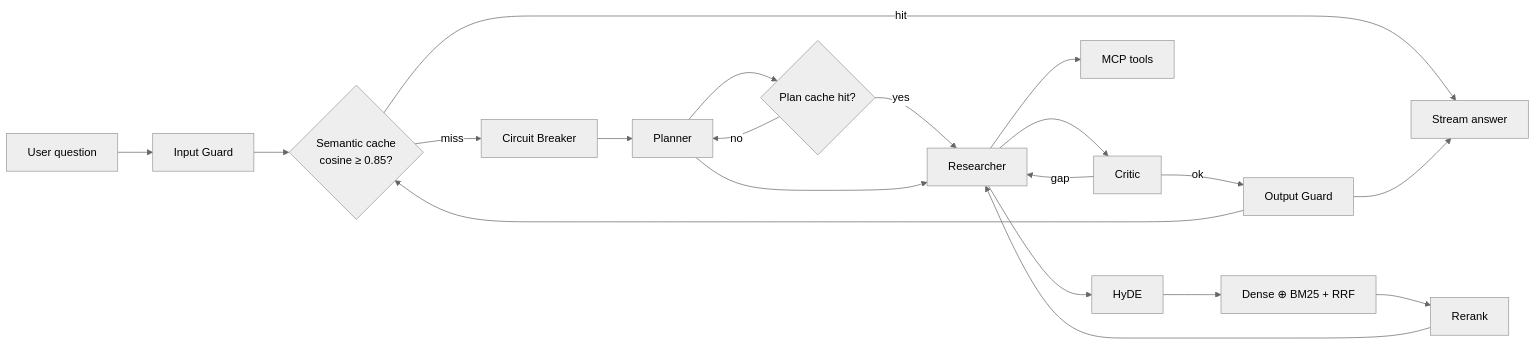
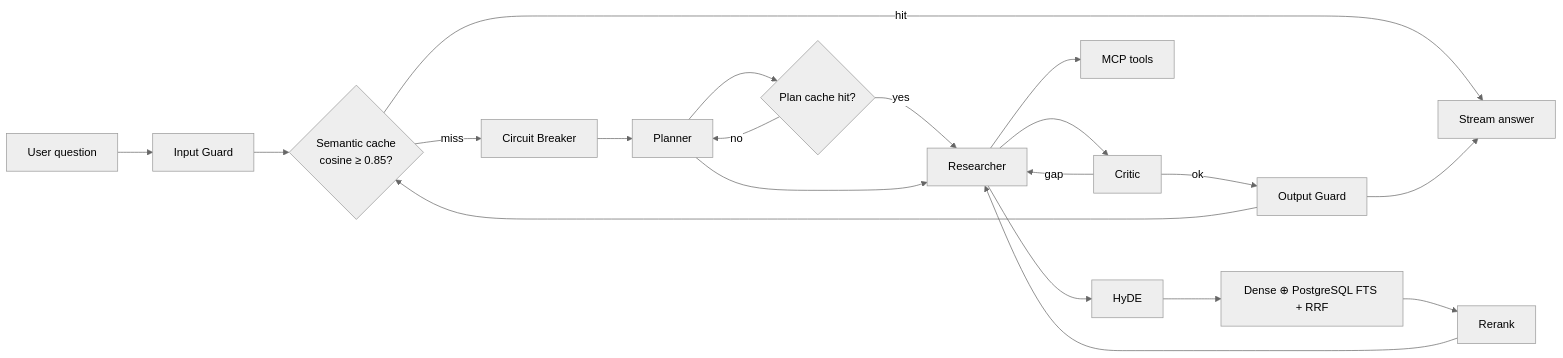
One commit to AmitxParmar/agentic-knowledge-base changed the fourth of 4 diagrams in docs/REMAINING.md. Above: the diagram before and after it, drawn with Mermaid (neutral theme). The commit also changed other lines of this file and 4 other files, not shown here.

````diff
--- a/docs/REMAINING.md
+++ b/docs/REMAINING.md
@@ -493,22 +492,22 @@
 ```mermaid
 flowchart LR
   Q[User question] --> IG[Input Guard]
   IG --> CACHE{Semantic cache<br/>cosine ≥ 0.85?}
   CACHE -->|hit| OUT[Stream answer]
   CACHE -->|miss| CB[Circuit Breaker]
   CB --> PL[Planner]
   PL --> APC{Plan cache hit?}
   APC -->|yes| RA[Researcher]
   APC -->|no| PL
   PL --> RA
   RA --> HYDE[HyDE]
-  HYDE --> HYB[Dense ⊕ BM25 + RRF]
+  HYDE --> HYB[Dense ⊕ PostgreSQL FTS + RRF]
   HYB --> RR[Rerank]
   RR --> RA
   RA --> MCP[MCP tools]
   RA --> CR[Critic]
   CR -->|gap| RA
   CR -->|ok| OG[Output Guard]
   OG --> OUT
   OG --> CACHE
 ```
````
